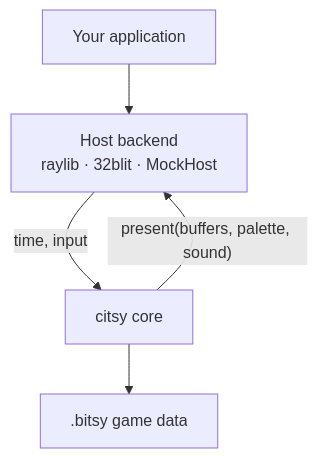
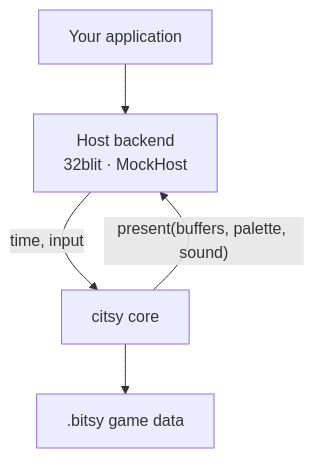
One commit to TeriyakiGod/citsy changed the diagram in docs/index.md. Above: the diagram before and after it, drawn with Mermaid. The commit also changed 9 other files, not shown here.

````diff
--- a/docs/index.md
+++ b/docs/index.md
@@ -51,7 +51,7 @@
 ```mermaid
 flowchart TB
-  App["Your application"] --> Host["Host backend<br/>raylib · 32blit · MockHost"]
+  App["Your application"] --> Host["Host backend<br/>32blit · MockHost"]
   Host -->|"time, input"| Core["citsy core"]
   Core -->|"present(buffers, palette, sound)"| Host
   Core --> Data[".bitsy game data"]
 ```
````
